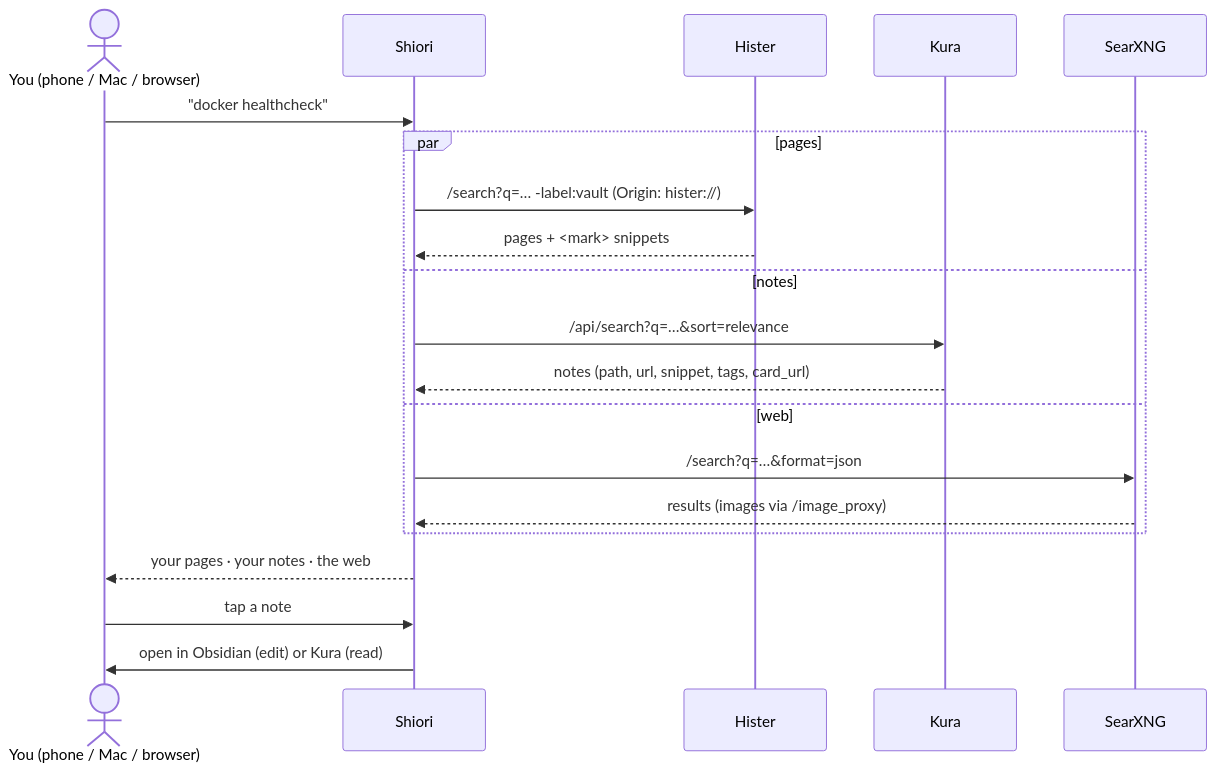
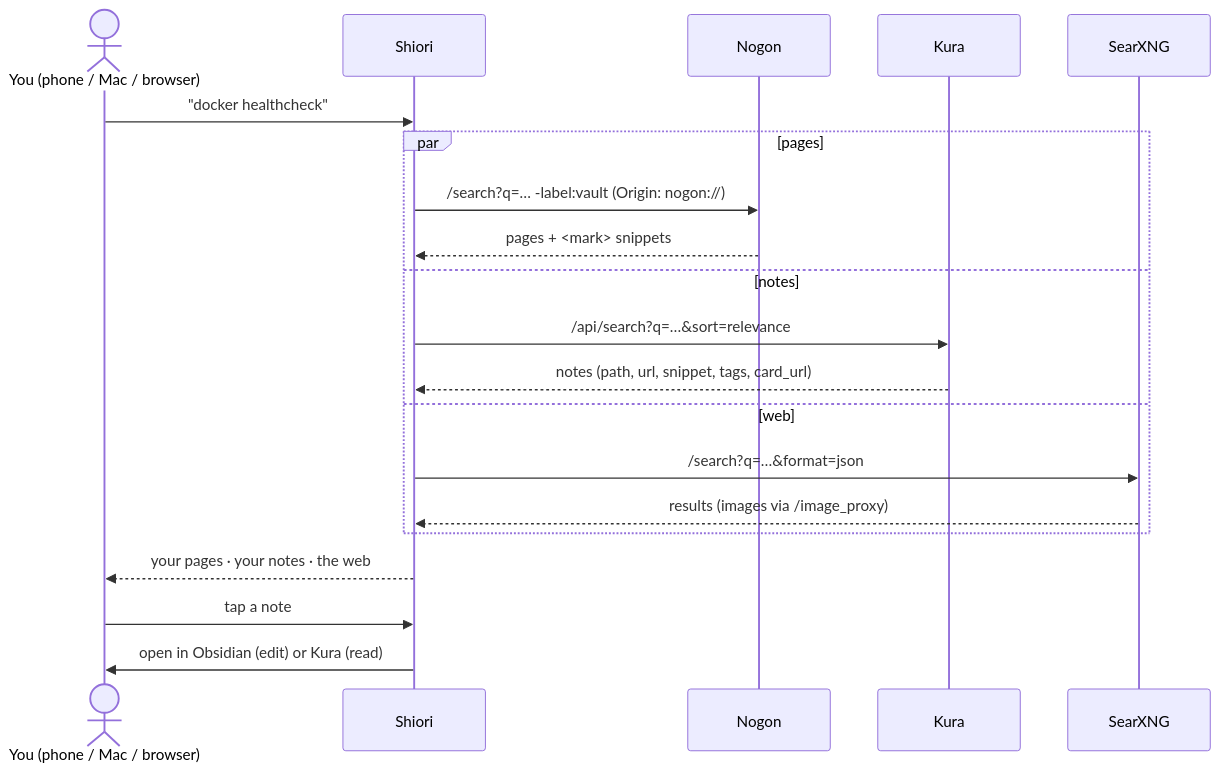
One commit to machiya-kobo/machiya changed the second of 6 diagrams in docs/architecture.md. Above: the diagram before and after it, drawn with Mermaid. The commit also changed other lines of this file and 30 other files, not shown here.

First line of the commit message:
machiya: docs: Hister is now Nogon, stage 3b (contract and service doc renamed)

````diff
--- a/docs/architecture.md
+++ b/docs/architecture.md
@@ -64,22 +64,22 @@
 ```mermaid
 sequenceDiagram
     actor you as You (phone / Mac / browser)
     participant s as Shiori
-    participant h as Hister
+    participant h as Nogon
     participant k as Kura
     participant x as SearXNG
     you->>s: "docker healthcheck"
     par pages
-        s->>h: /search?q=… -label:vault (Origin: hister://)
+        s->>h: /search?q=… -label:vault (Origin: nogon://)
         h-->>s: pages + <mark> snippets
     and notes
         s->>k: /api/search?q=…&sort=relevance
         k-->>s: notes (path, url, snippet, tags, card_url)
     and web
         s->>x: /search?q=…&format=json
         x-->>s: results (images via /image_proxy)
     end
     s-->>you: your pages · your notes · the web
     you->>s: tap a note
     s->>you: open in Obsidian (edit) or Kura (read)
 ```
````
